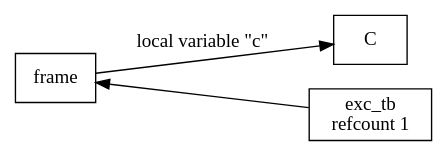
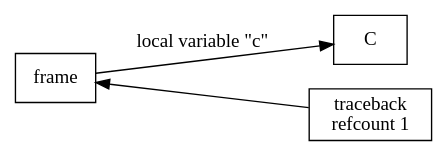
The diagram in dot/example_0_2_1.dot (ajdavis/what-to-expect-when-youre-expiring), drawn with Graphviz before and after one commit. The commit also changed 21 other files, not shown here.

```diff
--- a/dot/example_0_2_1.dot
+++ b/dot/example_0_2_1.dot
@@ -1,11 +1,11 @@
 digraph traceback {
     rankdir = LR
     frame [shape = rect]
     subgraph {
         rank = same
         C [shape = rect]
-        tb [shape = rect; label = "exc_tb\nrefcount 1"]
+        tb [shape = rect; label = "traceback\nrefcount 1"]
     }
     frame -> C [label = "local variable \"c\""]
     tb -> frame
 }
```
